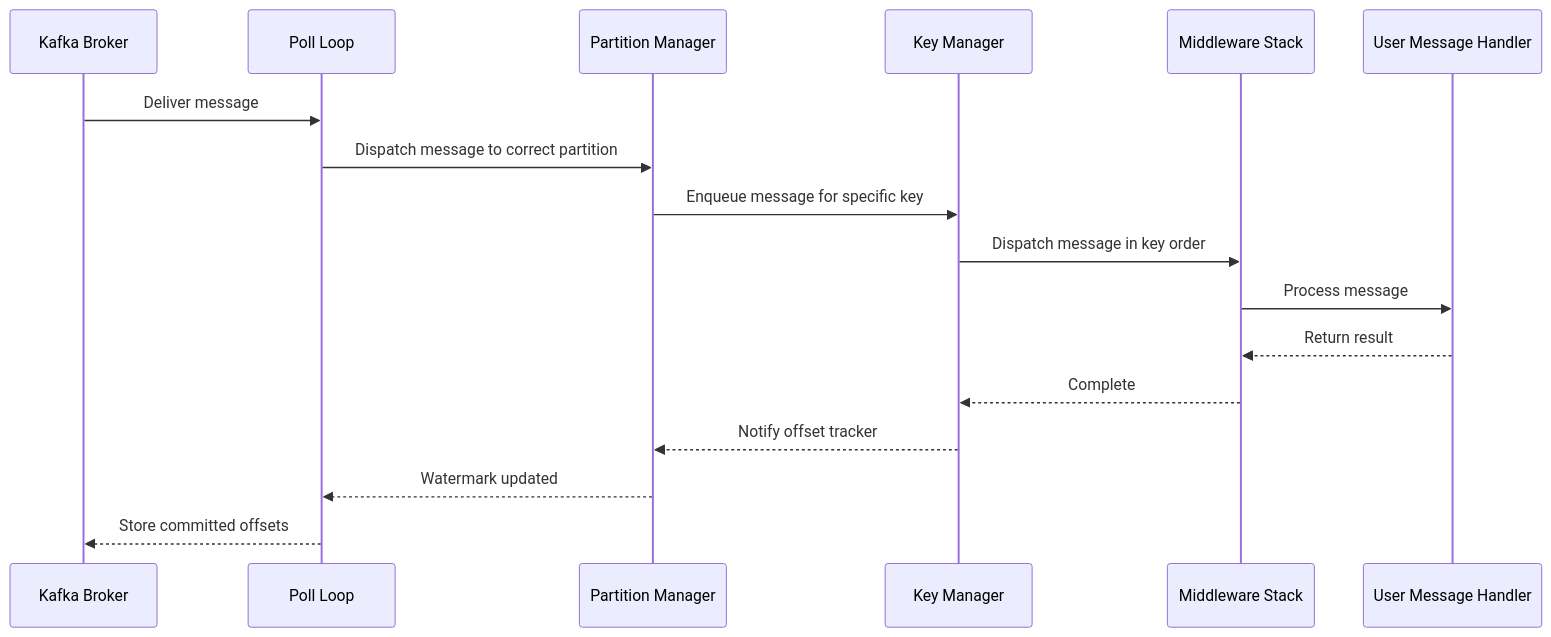
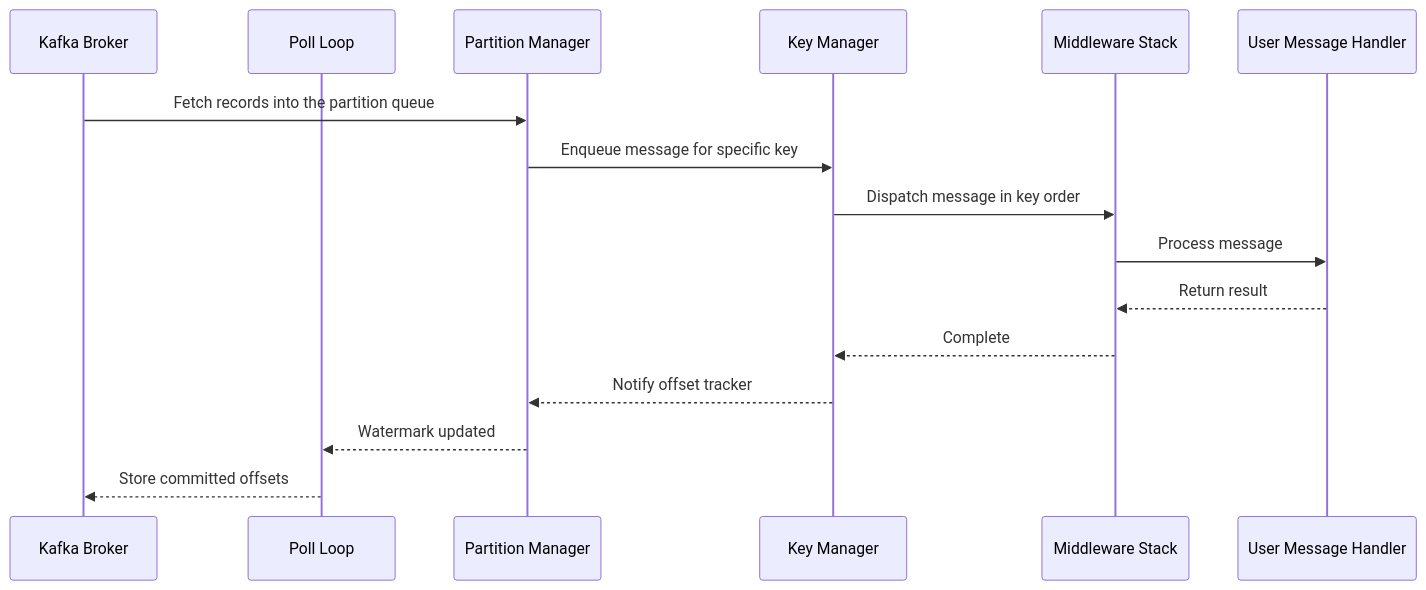
Before and after one commit to prosody-events/prosody: the second of 3 diagrams in ARCHITECTURE.md, drawn with Mermaid. The commit also changed other lines of this file and 47 other files, not shown here.

Commit message:
perf: read each partition from its own librdkafka queue (#114)

````diff
--- a/ARCHITECTURE.md
+++ b/ARCHITECTURE.md
@@ -50,19 +53,18 @@
 ```mermaid
 sequenceDiagram
     participant Kafka Broker
     participant Poll Loop
     participant Partition Manager
     participant Key Manager
     participant Middleware Stack
     participant User Message Handler
-    Kafka Broker ->> Poll Loop: Deliver message
-    Poll Loop ->> Partition Manager: Dispatch message to correct partition
+    Kafka Broker ->> Partition Manager: Fetch records into the partition queue
     Partition Manager ->> Key Manager: Enqueue message for specific key
     Key Manager ->> Middleware Stack: Dispatch message in key order
     Middleware Stack ->> User Message Handler: Process message
     User Message Handler -->> Middleware Stack: Return result
     Middleware Stack -->> Key Manager: Complete
     Key Manager -->> Partition Manager: Notify offset tracker
     Partition Manager -->> Poll Loop: Watermark updated
     Poll Loop -->> Kafka Broker: Store committed offsets
 ```
````
